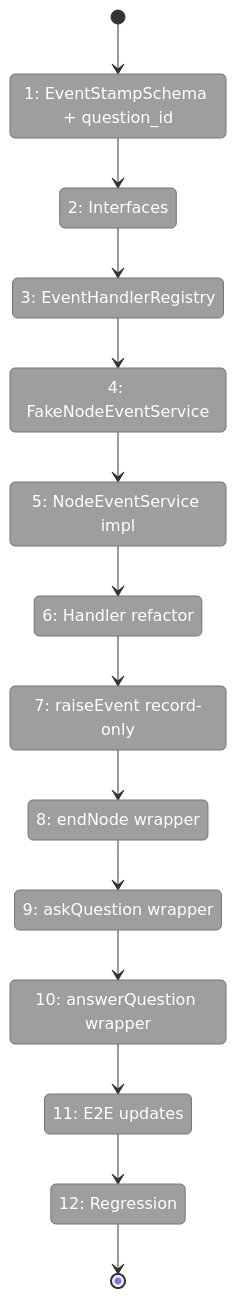
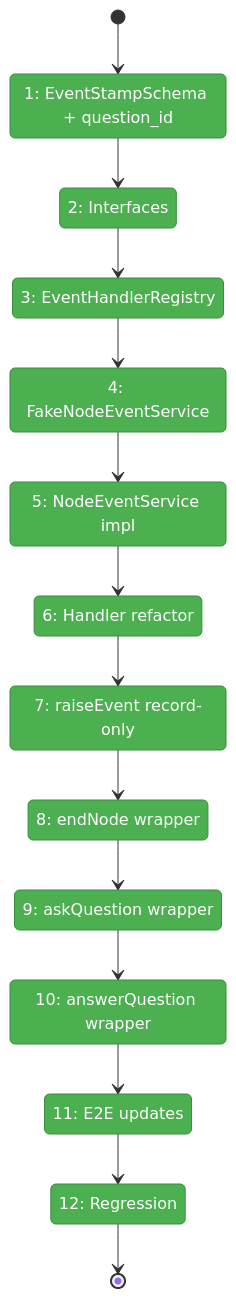
The first of 2 diagrams in docs/plans/032-node-event-system/tasks/phase-5-service-method-wrappers/tasks.fltplan.md (AI-Substrate/chainglass), drawn with Mermaid before and after one commit. The commit also changed other lines of this file and 25 other files, not shown here.

````diff
--- a/docs/plans/032-node-event-system/tasks/phase-5-service-method-wrappers/tasks.fltplan.md
+++ b/docs/plans/032-node-event-system/tasks/phase-5-service-method-wrappers/tasks.fltplan.md
@@ -22,36 +22,36 @@
 ```mermaid
 stateDiagram-v2
     classDef pending fill:#9E9E9E,stroke:#757575,color:#fff
     classDef active fill:#FFC107,stroke:#FFA000,color:#000
     classDef done fill:#4CAF50,stroke:#388E3C,color:#fff
     classDef blocked fill:#F44336,stroke:#D32F2F,color:#fff
 
     state "1: EventStampSchema + question_id" as S1
     state "2: Interfaces" as S2
     state "3: EventHandlerRegistry" as S3
     state "4: FakeNodeEventService" as S4
     state "5: NodeEventService impl" as S5
     state "6: Handler refactor" as S6
     state "7: raiseEvent record-only" as S7
     state "8: endNode wrapper" as S8
     state "9: askQuestion wrapper" as S9
     state "10: answerQuestion wrapper" as S10
     state "11: E2E updates" as S11
     state "12: Regression" as S12
 
     [*] --> S1
     S1 --> S2
     S2 --> S3
     S3 --> S4
     S4 --> S5
     S5 --> S6
     S6 --> S7
     S7 --> S8
     S8 --> S9
     S9 --> S10
     S10 --> S11
     S11 --> S12
     S12 --> [*]
 
-    class S1,S2,S3,S4,S5,S6,S7,S8,S9,S10,S11,S12 pending
+    class S1,S2,S3,S4,S5,S6,S7,S8,S9,S10,S11,S12 done
 ```
````
